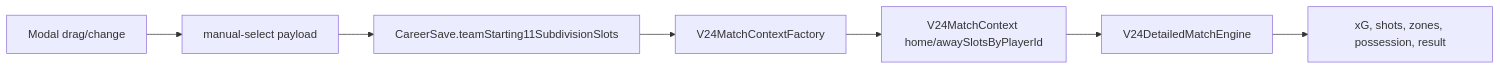
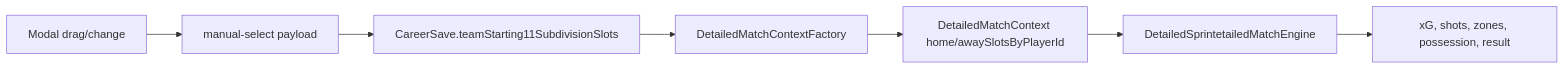
The diagram in docs/MODAL_FORMATION_TO_MATCH_CONTRACT.md (IvanMCabral/Football-angular), drawn with Mermaid before and after one commit. The commit also changed other lines of this file and 13 other files, not shown here.

````diff
--- a/docs/MODAL_FORMATION_TO_MATCH_CONTRACT.md
+++ b/docs/MODAL_FORMATION_TO_MATCH_CONTRACT.md
@@ -9,9 +9,9 @@
 ```mermaid
 flowchart LR
   A["Modal drag/change"] --> B["manual-select payload"]
   B --> C["CareerSave.teamStarting11SubdivisionSlots"]
-  C --> D["V24MatchContextFactory"]
-  D --> E["V24MatchContext home/awaySlotsByPlayerId"]
-  E --> F["V24DetailedMatchEngine"]
+  C --> D["DetailedMatchContextFactory"]
+  D --> E["DetailedMatchContext home/awaySlotsByPlayerId"]
+  E --> F["DetailedSprintetailedMatchEngine"]
   F --> G["xG, shots, zones, possession, result"]
 ```
````
